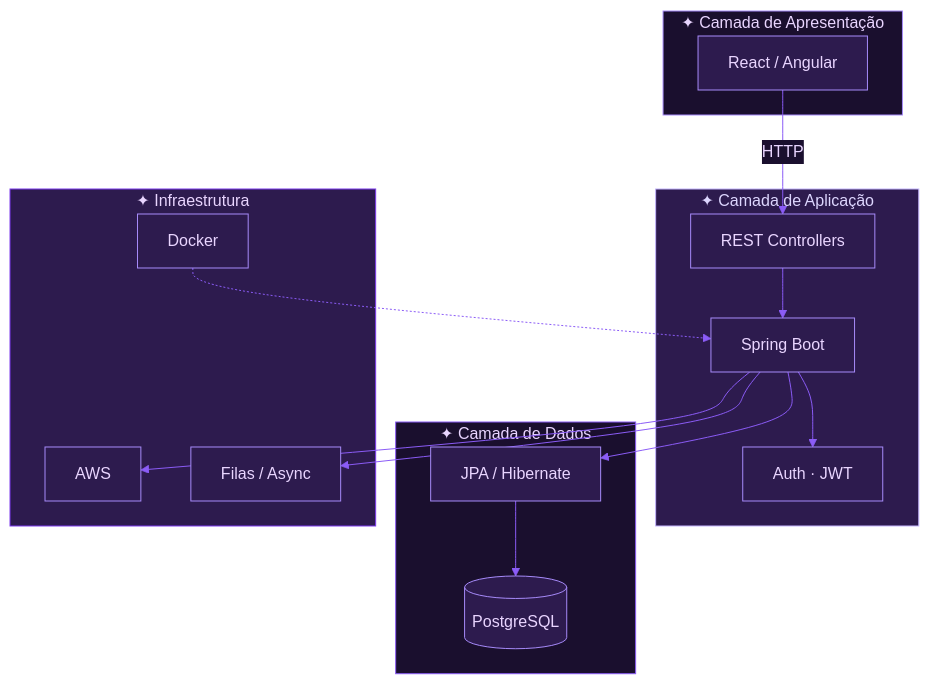
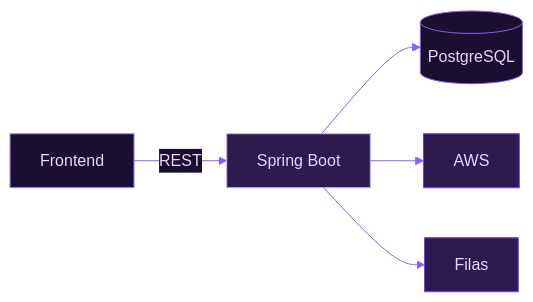
One commit to KarolDiniz/KarolDiniz changed the diagram in README.md. Above: the diagram before and after it, drawn with Mermaid. The commit also changed other lines of this file, not shown here.

````diff
--- a/README.md
+++ b/README.md
@@ -169,33 +189,13 @@
 ```mermaid
 %%{init: {'theme': 'base', 'themeVariables': { 'primaryColor': '#2d1b4e', 'primaryTextColor': '#e9d5ff', 'primaryBorderColor': '#a78bfa', 'lineColor': '#8b5cf6', 'secondaryColor': '#1a0f2e', 'tertiaryColor': '#4c1d95'}}}%%
-flowchart TB
-  subgraph CLIENT["✦ Camada de Apresentação"]
-    FE["React / Angular"]
-  end
-  subgraph API["✦ Camada de Aplicação"]
-    SB["Spring Boot"]
-    AUTH["Auth · JWT"]
-    REST["REST Controllers"]
-  end
-  subgraph DATA["✦ Camada de Dados"]
-    PG[("PostgreSQL")]
-    JPA["JPA / Hibernate"]
-  end
-  subgraph INFRA["✦ Infraestrutura"]
-    AWS["AWS"]
-    DK["Docker"]
-    Q["Filas / Async"]
-  end
-  FE -->|HTTP| REST
-  REST --> SB
-  SB --> AUTH
-  SB --> JPA
-  JPA --> PG
-  SB --> Q
-  SB --> AWS
-  DK -.-> SB
-  style CLIENT fill:#1a0f2e,stroke:#a78bfa,color:#e9d5ff
-  style API fill:#2d1b4e,stroke:#c4b5fd,color:#ddd6fe
-  style DATA fill:#1a0f2e,stroke:#8b5cf6,color:#e9d5ff
-  style INFRA fill:#2d1b4e,stroke:#7c3aed,color:#e9d5ff
+flowchart LR
+  FE["Frontend"] -->|REST| SB["Spring Boot"]
+  SB --> PG[("PostgreSQL")]
+  SB --> AWS["AWS"]
+  SB --> Q["Filas"]
+  style FE fill:#1a0f2e,stroke:#a78bfa,color:#e9d5ff
+  style SB fill:#2d1b4e,stroke:#c4b5fd,color:#ddd6fe
+  style PG fill:#1a0f2e,stroke:#8b5cf6,color:#e9d5ff
+  style AWS fill:#2d1b4e,stroke:#7c3aed,color:#e9d5ff
+  style Q fill:#2d1b4e,stroke:#7c3aed,color:#e9d5ff
 ```
````
